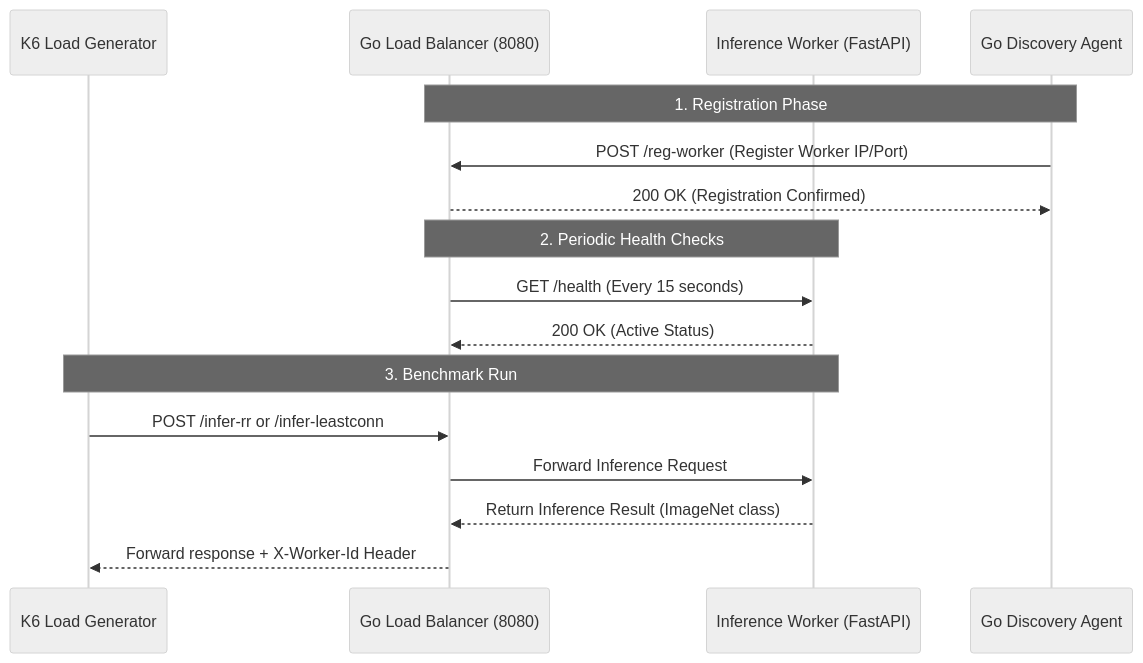
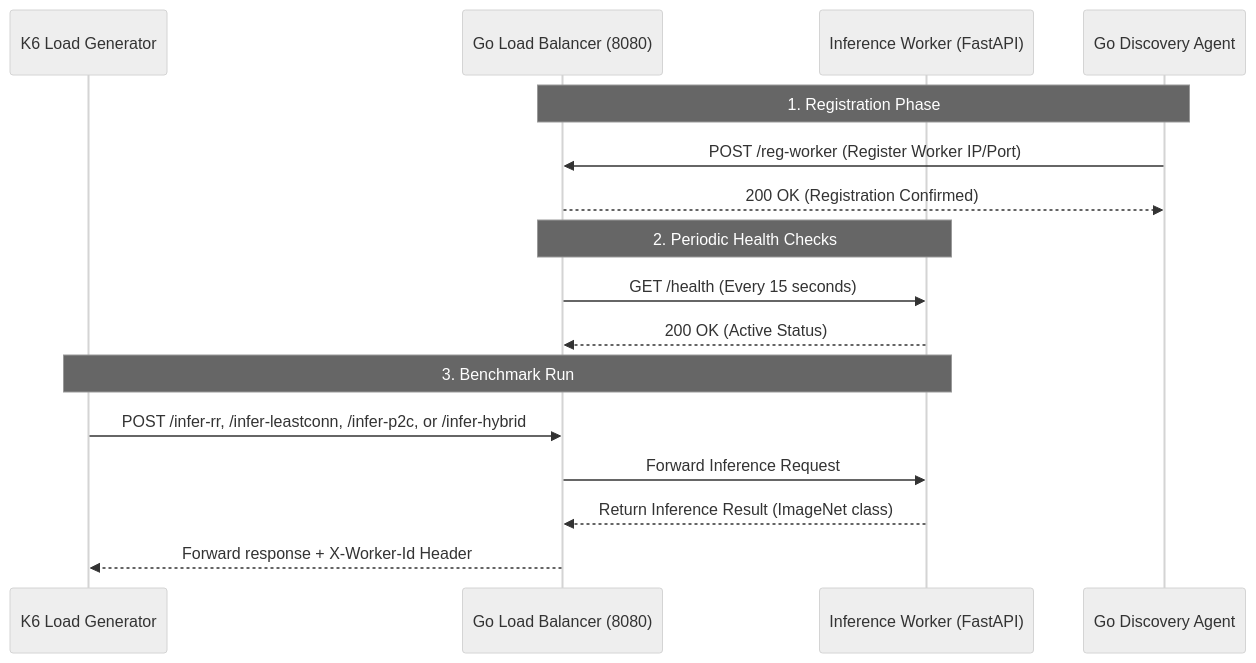
Before and after one commit to mazksr/nn-scheduling: the diagram in README.md, drawn with Mermaid (neutral theme). The commit also changed other lines of this file, not shown here.

````diff
--- a/README.md
+++ b/README.md
@@ -9,24 +9,24 @@
 ```mermaid
 sequenceDiagram
     participant Client as K6 Load Generator
     participant LB as Go Load Balancer (8080)
     participant Worker as Inference Worker (FastAPI)
     participant Agent as Go Discovery Agent
 
     %% Registration Flow
     Note over LB, Agent: 1. Registration Phase
     Agent->>LB: POST /reg-worker (Register Worker IP/Port)
     LB-->>Agent: 200 OK (Registration Confirmed)
     
     %% Health Check Flow
     Note over LB, Worker: 2. Periodic Health Checks
     LB->>Worker: GET /health (Every 15 seconds)
     Worker-->>LB: 200 OK (Active Status)
 
     %% Request/Inference Flow
     Note over Client, Worker: 3. Benchmark Run
-    Client->>LB: POST /infer-rr or /infer-leastconn
+    Client->>LB: POST /infer-rr, /infer-leastconn, /infer-p2c, or /infer-hybrid
     LB->>Worker: Forward Inference Request
     Worker-->>LB: Return Inference Result (ImageNet class)
     LB-->>Client: Forward response + X-Worker-Id Header
 ```
````
